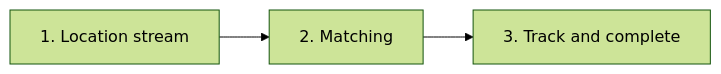
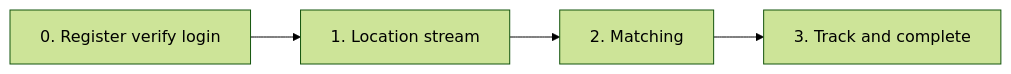
The eighth of 16 diagrams in case-studies/mobility-delivery-platform/README.md (mostafiz57/Software-Architecture-Playbook), drawn with Mermaid (forest theme) before and after one commit. The commit also changed other lines of this file, not shown here.

````diff
--- a/case-studies/mobility-delivery-platform/README.md
+++ b/case-studies/mobility-delivery-platform/README.md
@@ -233,5 +349,6 @@
 ```mermaid
 flowchart LR
-  P1["1. Location stream"] --> P2["2. Matching"]
+  P0["0. Register verify login"] --> P1["1. Location stream"]
+  P1 --> P2["2. Matching"]
   P2 --> P3["3. Track and complete"]
 ```
````
